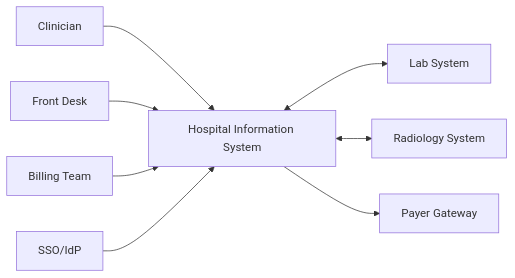
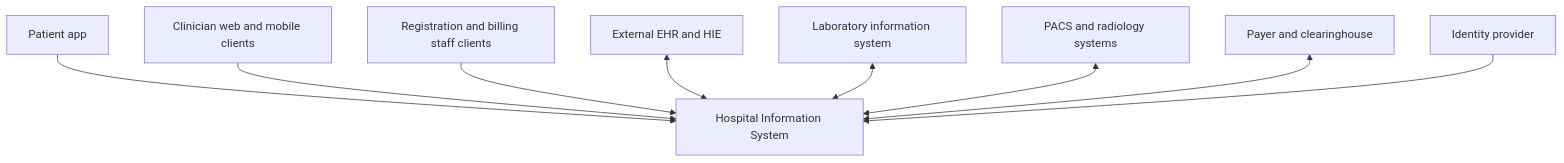
The first of 3 diagrams in Hospital Information System/high-level-design/c4-diagrams.md (0Ankit0/Project-Ideas), drawn with Mermaid before and after one commit. The commit also changed other lines of this file and 18 other files, not shown here.

Commit message:
Update Hospital Information System: design, edge cases, HLD, implementation, infra, and requirements docs

````diff
--- a/Hospital Information System/high-level-design/c4-diagrams.md
+++ b/Hospital Information System/high-level-design/c4-diagrams.md
@@ -4,10 +7,21 @@
 ```mermaid
-flowchart LR
-    Clinician[Clinician] --> HIS[Hospital Information System]
-    FrontDesk[Front Desk] --> HIS
-    BillingTeam[Billing Team] --> HIS
-    HIS <--> Lab[Lab System]
-    HIS <--> Radiology[Radiology System]
-    HIS --> Payer[Payer Gateway]
-    IdP[SSO/IdP] --> HIS
+flowchart TB
+    PatientApp[Patient app]
+    Clinicians[Clinician web and mobile clients]
+    FrontDesk[Registration and billing staff clients]
+    ExternalEHR[External EHR and HIE]
+    LIS[Laboratory information system]
+    PACS[PACS and radiology systems]
+    Payer[Payer and clearinghouse]
+    IdP[Identity provider]
+    HIS[Hospital Information System]
+
+    PatientApp --> HIS
+    Clinicians --> HIS
+    FrontDesk --> HIS
+    ExternalEHR <--> HIS
+    LIS <--> HIS
+    PACS <--> HIS
+    Payer <--> HIS
+    IdP --> HIS
 ```
````
